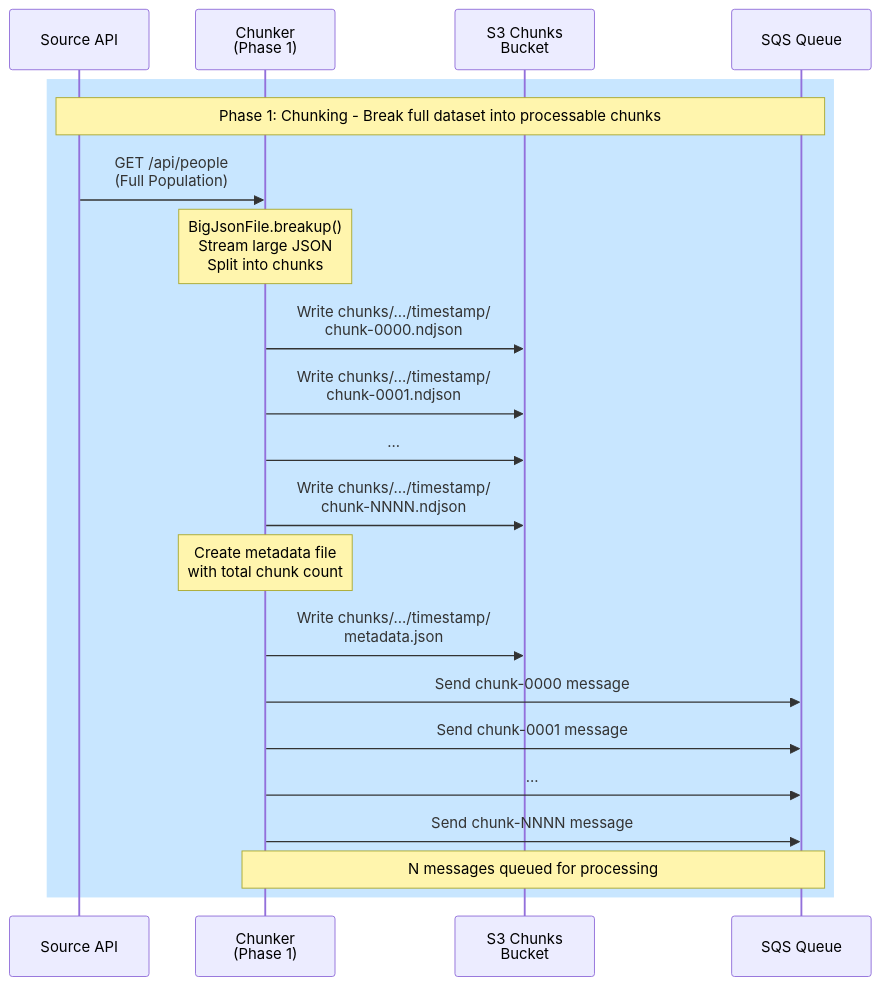
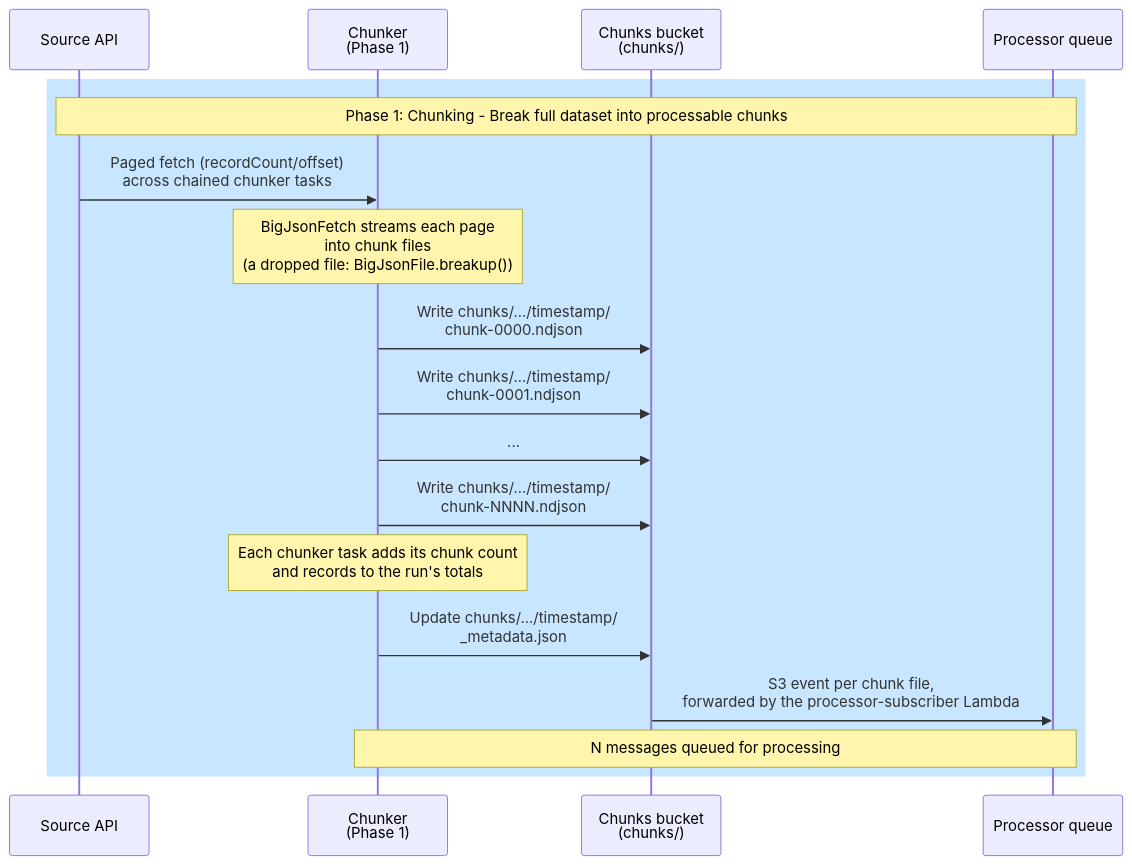
The third of 5 diagrams in lib/services/README.md (whennemuth/integration-huron-person-fargate), drawn with Mermaid before and after one commit. The commit also changed other lines of this file and 11 other files, not shown here.

````diff
--- a/lib/services/README.md
+++ b/lib/services/README.md
@@ -100,29 +103,26 @@
 ```mermaid
 sequenceDiagram
     participant API as Source API
     participant Chunker as Chunker<br/>(Phase 1)
-    participant S3Chunks as S3 Chunks<br/>Bucket
-    participant SQS as SQS Queue
+    participant S3Chunks as Chunks bucket<br/>(chunks/)
+    participant SQS as Processor queue
     
     rect rgb(200, 230, 255)
     Note over API,SQS: Phase 1: Chunking - Break full dataset into processable chunks
     
-    API->>Chunker: GET /api/people<br/>(Full Population)
-    Note over Chunker: BigJsonFile.breakup()<br/>Stream large JSON<br/>Split into chunks
+    API->>Chunker: Paged fetch (recordCount/offset)<br/>across chained chunker tasks
+    Note over Chunker: BigJsonFetch streams each page<br/>into chunk files<br/>(a dropped file: BigJsonFile.breakup())
     
     Chunker->>S3Chunks: Write chunks/.../timestamp/<br/>chunk-0000.ndjson
     Chunker->>S3Chunks: Write chunks/.../timestamp/<br/>chunk-0001.ndjson
     Chunker->>S3Chunks: ...
     Chunker->>S3Chunks: Write chunks/.../timestamp/<br/>chunk-NNNN.ndjson
     
-    Note over Chunker: Create metadata file<br/>with total chunk count
-    Chunker->>S3Chunks: Write chunks/.../timestamp/<br/>metadata.json
+    Note over Chunker: Each chunker task adds its chunk count<br/>and records to the run's totals
+    Chunker->>S3Chunks: Update chunks/.../timestamp/<br/>_metadata.json
     
-    Chunker->>SQS: Send chunk-0000 message
-    Chunker->>SQS: Send chunk-0001 message
-    Chunker->>SQS: ...
-    Chunker->>SQS: Send chunk-NNNN message
+    S3Chunks->>SQS: S3 event per chunk file,<br/>forwarded by the processor-subscriber Lambda
     
     Note over Chunker,SQS: N messages queued for processing
     end
 ```
````
